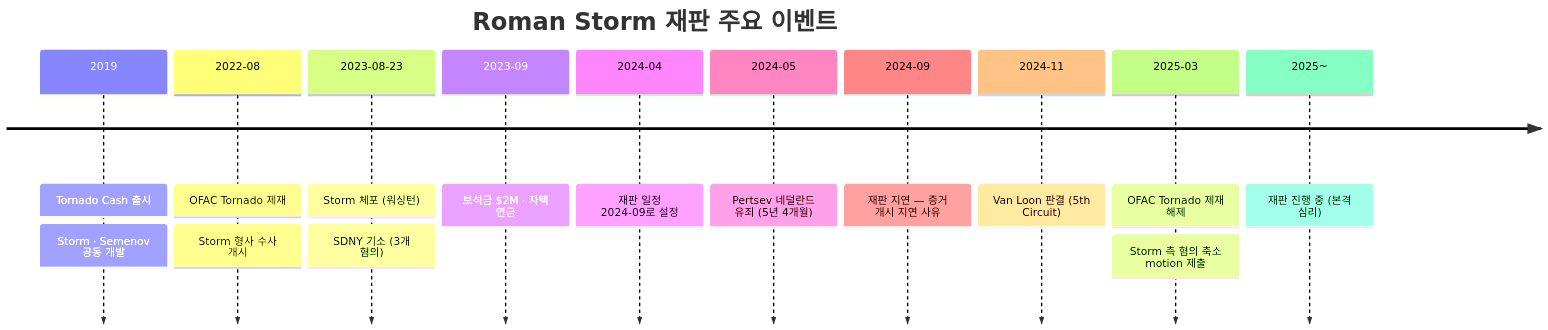
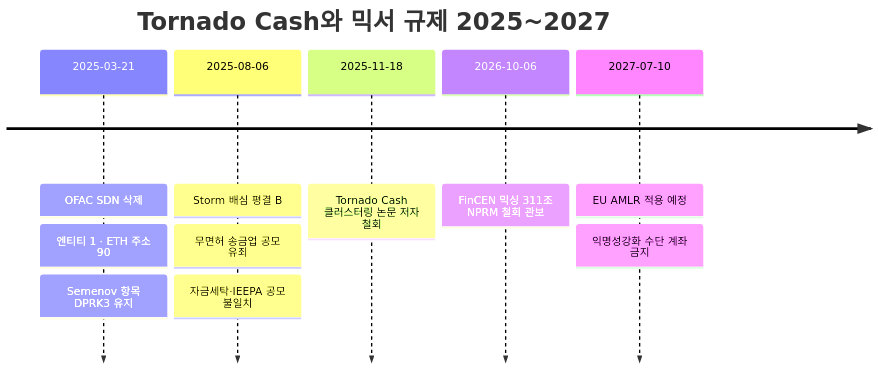
Before and after one commit to lala-david/aml-notes: the first of 2 diagrams in notes/6-cases/tornado-cash.md, drawn with Mermaid. The commit also changed other lines of this file and 379 other files, not shown here.

First line of the commit message:
notes,kb,en,deep,charts: 2026-10-21 기준 정정 46건 반영 — 출처 없는 수치를 걷어내고 다이어그램을 다시 그림

````diff
--- a/notes/6-cases/tornado-cash.md
+++ b/notes/6-cases/tornado-cash.md
@@ -206,18 +18,14 @@
 ```mermaid
 timeline
-    title Roman Storm 재판 주요 이벤트
-    2019 : Tornado Cash 출시
-         : Storm · Semenov 공동 개발
-    2022-08 : OFAC Tornado 제재
-            : Storm 형사 수사 개시
-    2023-08-23 : Storm 체포 (워싱턴)
-               : SDNY 기소 (3개 혐의)
-    2023-09 : 보석금 $2M · 자택 연금
-    2024-04 : 재판 일정 2024-09로 설정
-    2024-05 : Pertsev 네덜란드 유죄 (5년 4개월)
-    2024-09 : 재판 지연 — 증거 개시 지연 사유
-    2024-11 : Van Loon 판결 (5th Circuit)
-    2025-03 : OFAC Tornado 제재 해제
-            : Storm 측 혐의 축소 motion 제출
-    2025~ : 재판 진행 중 (본격 심리)
+    title Tornado Cash와 믹서 규제 2025~2027
+    2025-03-21 : OFAC SDN 삭제
+               : 엔티티 1 · ETH 주소 90
+               : Semenov 항목 DPRK3 유지
+    2025-08-06 : Storm 배심 평결 B
+               : 무면허 송금업 공모 유죄
+               : 자금세탁·IEEPA 공모 불일치
+    2025-11-18 : Tornado Cash 클러스터링 논문 저자 철회
+    2026-10-06 : FinCEN 믹싱 311조 NPRM 철회 관보
+    2027-07-10 : EU AMLR 적용 예정
+               : 익명성강화 수단 계좌 금지
 ```
````
